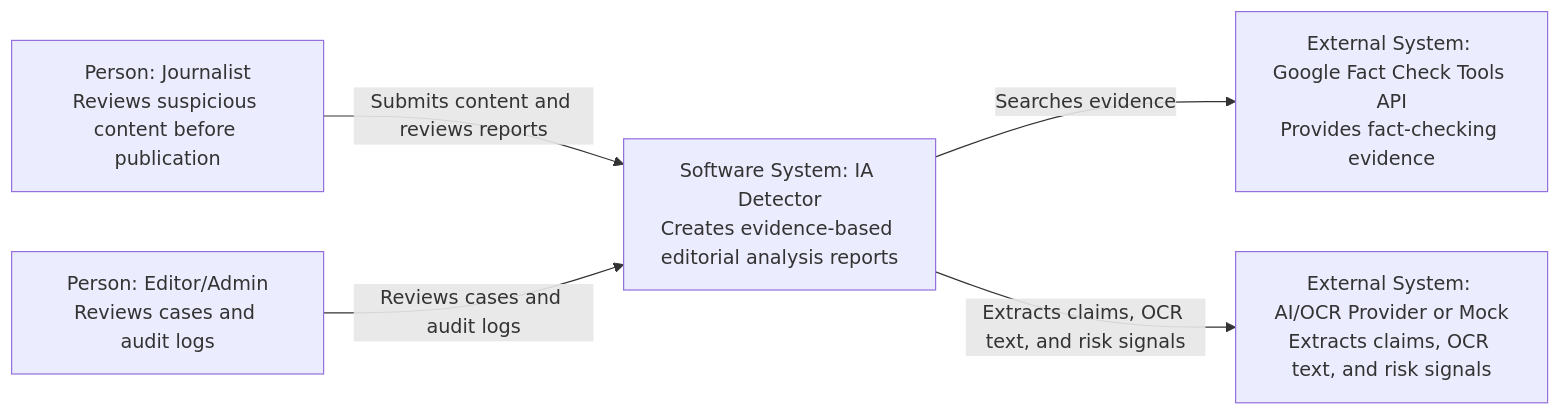
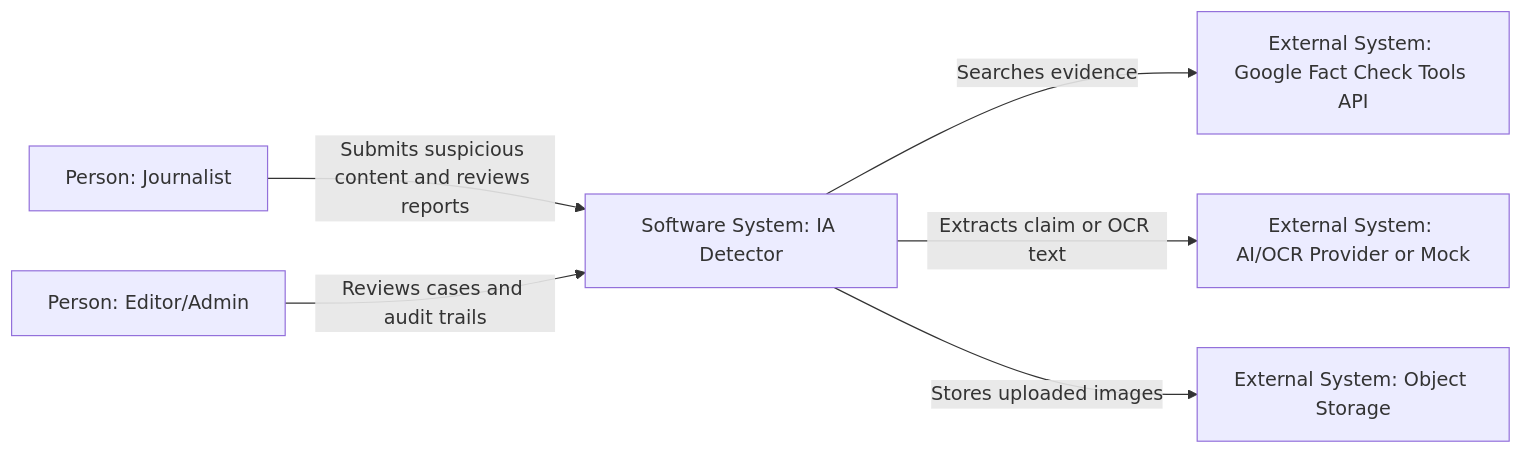
Before and after one commit to SantiagoCaldeZ/caso2-ia-detector: the first of 3 diagrams in README.md, drawn with Mermaid. The commit also changed other lines of this file, not shown here.

````diff
--- a/README.md
+++ b/README.md
@@ -221,15 +1954,17 @@
 ```mermaid
 flowchart LR
-    journalist["Person: Journalist<br/>Reviews suspicious content before publication"]
-    editor["Person: Editor/Admin<br/>Reviews cases and audit logs"]
+    journalist["Person: Journalist"]
+    editor["Person: Editor/Admin"]
 
-    iaDetector["Software System: IA Detector<br/>Creates evidence-based editorial analysis reports"]
+    iaDetector["Software System: IA Detector"]
 
-    googleFactCheck["External System: Google Fact Check Tools API<br/>Provides fact-checking evidence"]
-    aiProvider["External System: AI/OCR Provider or Mock<br/>Extracts claims, OCR text, and risk signals"]
+    googleFactCheck["External System: Google Fact Check Tools API"]
+    aiProvider["External System: AI/OCR Provider or Mock"]
+    objectStorage["External System: Object Storage"]
 
-    journalist -->|"Submits content and reviews reports"| iaDetector
-    editor -->|"Reviews cases and audit logs"| iaDetector
+    journalist -->|"Submits suspicious content and reviews reports"| iaDetector
+    editor -->|"Reviews cases and audit trails"| iaDetector
     iaDetector -->|"Searches evidence"| googleFactCheck
-    iaDetector -->|"Extracts claims, OCR text, and risk signals"| aiProvider
+    iaDetector -->|"Extracts claim or OCR text"| aiProvider
+    iaDetector -->|"Stores uploaded images"| objectStorage
 ```
````
